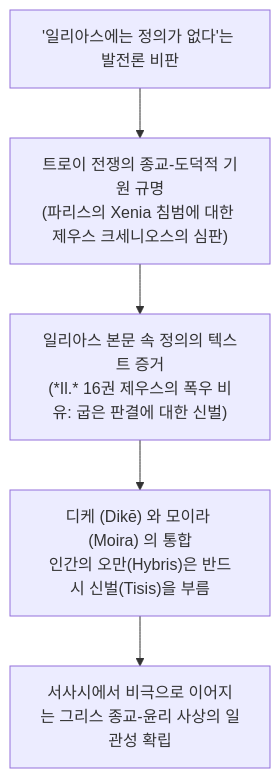
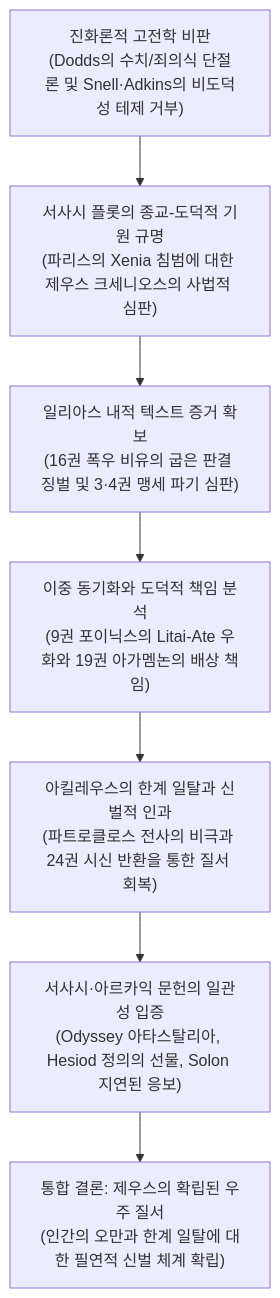
The diagram in wiki/sources/lloyd-jones-1971-justice-of-zeus.md (YgHnSIM/Homer_wiki), drawn with Mermaid before and after one commit. The commit also changed other lines of this file and 7 other files, not shown here.

````diff
--- a/wiki/sources/lloyd-jones-1971-justice-of-zeus.md
+++ b/wiki/sources/lloyd-jones-1971-justice-of-zeus.md
@@ -46,7 +70,9 @@
 ```mermaid
 graph TD
-    A["'일리아스에는 정의가 없다'는 발전론 비판"] --> B["트로이 전쟁의 종교-도덕적 기원 규명<br/>(파리스의 Xenia 침범에 대한 제우스 크세니오스의 심판)"]
-    B --> C["일리아스 본문 속 정의의 텍스트 증거<br/>(*Il.* 16권 제우스의 폭우 비유: 굽은 판결에 대한 신벌)"]
-    C --> D["디케 (Dikē) 와 모이라 (Moira) 의 통합<br/>인간의 오만(Hybris)은 반드시 신벌(Tisis)을 부름"]
-    D --> E["서사시에서 비극으로 이어지는 그리스 종교-윤리 사상의 일관성 확립"]
+    A["진화론적 고전학 비판<br/>(Dodds의 수치/죄의식 단절론 및 Snell·Adkins의 비도덕성 테제 거부)"] --> B["서사시 플롯의 종교-도덕적 기원 규명<br/>(파리스의 Xenia 침범에 대한 제우스 크세니오스의 사법적 심판)"]
+    B --> C["일리아스 내적 텍스트 증거 확보<br/>(16권 폭우 비유의 굽은 판결 징벌 및 3·4권 맹세 파기 심판)"]
+    C --> D["이중 동기화와 도덕적 책임 분석<br/>(9권 포이닉스의 Litai-Ate 우화와 19권 아가멤논의 배상 책임)"]
+    D --> E["아킬레우스의 한계 일탈과 신벌적 인과<br/>(파트로클로스 전사의 비극과 24권 시신 반환을 통한 질서 회복)"]
+    E --> F["서사시·아르카익 문헌의 일관성 입증<br/>(Odyssey 아타스탈리아, Hesiod 정의의 선물, Solon 지연된 응보)"]
+    F --> G["통합 결론: 제우스의 확립된 우주 질서<br/>(인간의 오만과 한계 일탈에 대한 필연적 신벌 체계 확립)"]
 ```
````
